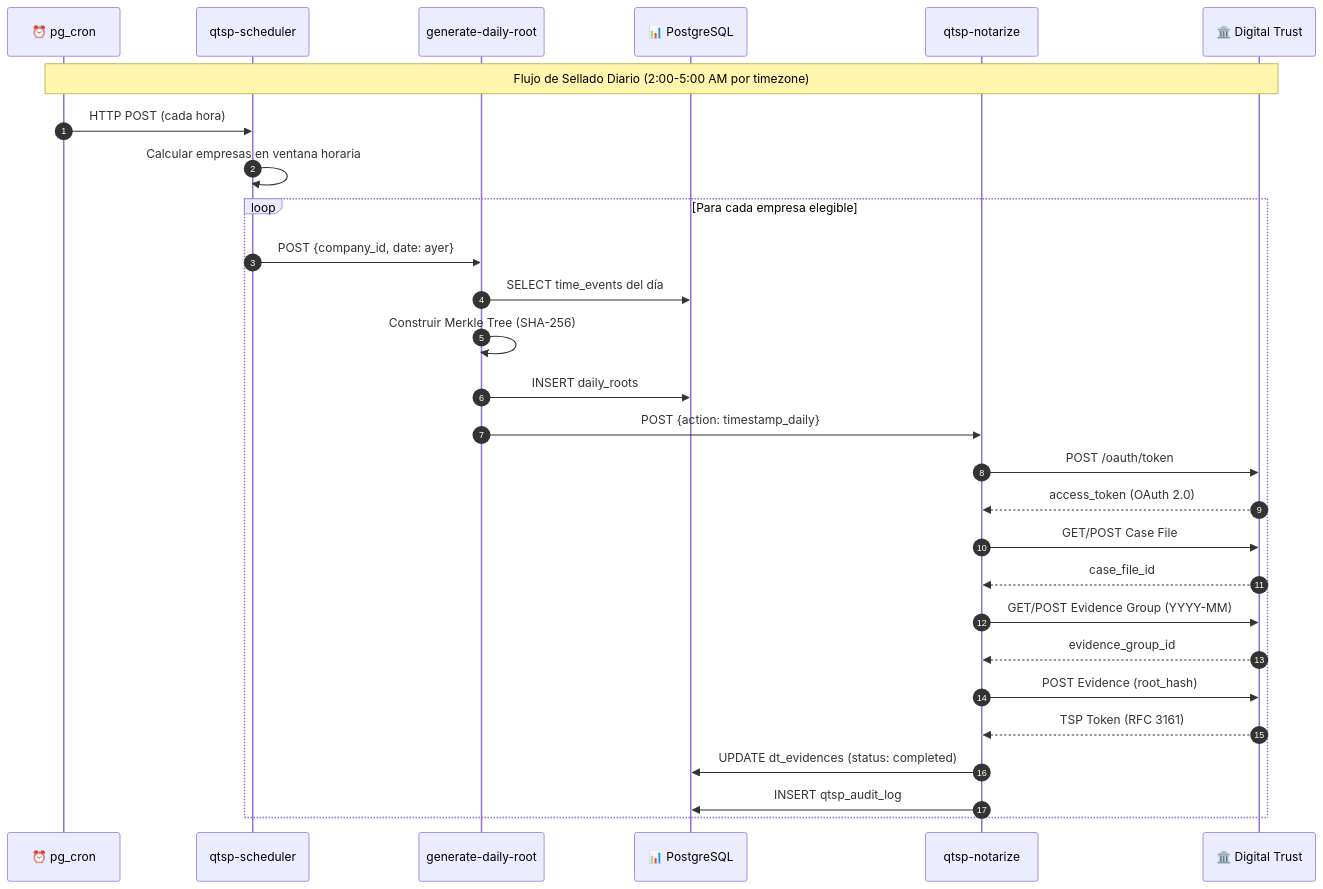
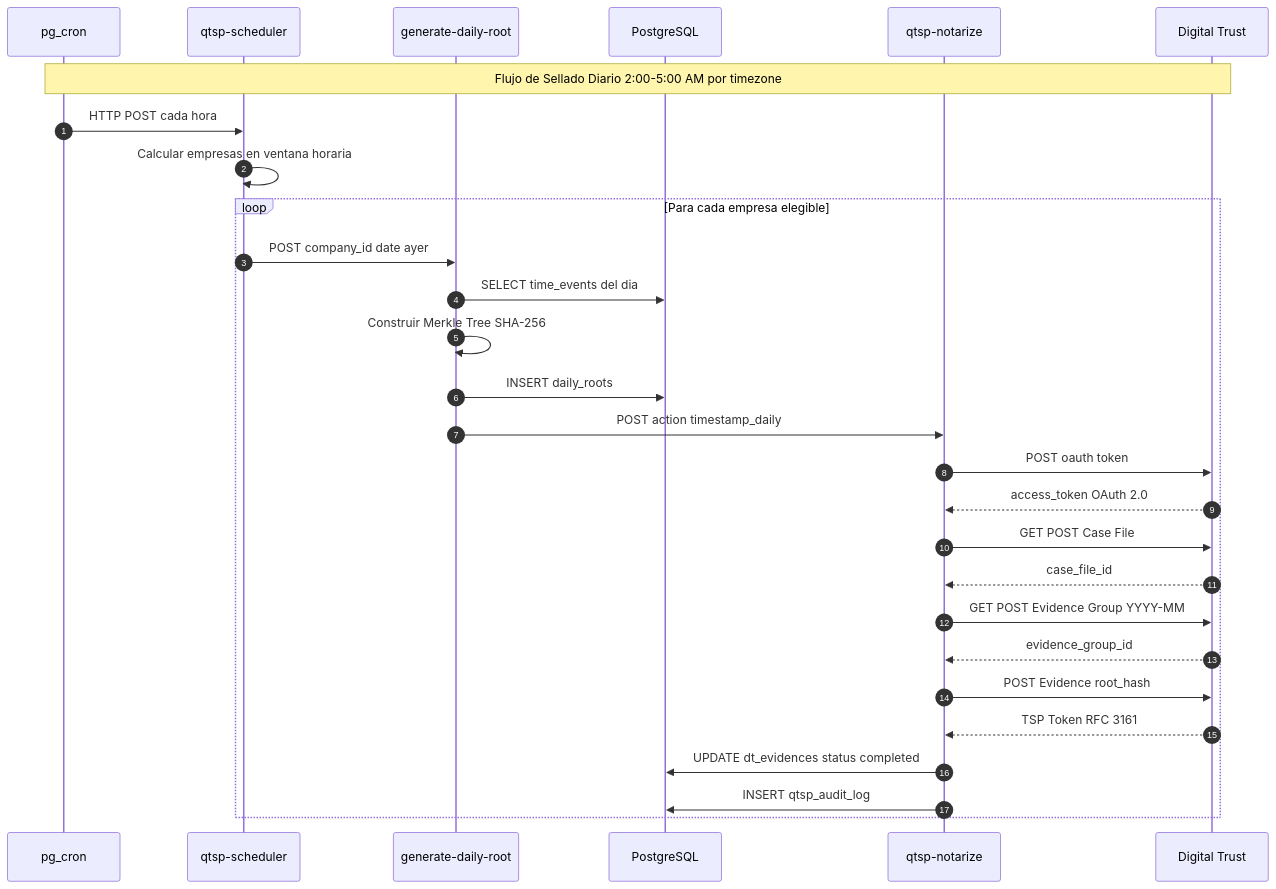
Before and after one commit to moimene/time-control-hub: the tenth of 26 diagrams in README.md, drawn with Mermaid. The commit also changed other lines of this file, not shown here.

````diff
--- a/README.md
+++ b/README.md
@@ -500,38 +518,38 @@
 ```mermaid
 sequenceDiagram
     autonumber
-    participant CRON as ⏰ pg_cron
+    participant CRON as pg_cron
     participant SCHED as qtsp-scheduler
     participant GEN as generate-daily-root
-    participant DB as 📊 PostgreSQL
+    participant DB as PostgreSQL
     participant NOTARIZE as qtsp-notarize
-    participant DT as 🏛️ Digital Trust
+    participant DT as Digital Trust
 
-    Note over CRON,DT: Flujo de Sellado Diario (2:00-5:00 AM por timezone)
+    Note over CRON,DT: Flujo de Sellado Diario 2:00-5:00 AM por timezone
     
-    CRON->>SCHED: HTTP POST (cada hora)
+    CRON->>SCHED: HTTP POST cada hora
     SCHED->>SCHED: Calcular empresas en ventana horaria
     
     loop Para cada empresa elegible
-        SCHED->>GEN: POST {company_id, date: ayer}
-        GEN->>DB: SELECT time_events del día
-        GEN->>GEN: Construir Merkle Tree (SHA-256)
+        SCHED->>GEN: POST company_id date ayer
+        GEN->>DB: SELECT time_events del dia
+        GEN->>GEN: Construir Merkle Tree SHA-256
         GEN->>DB: INSERT daily_roots
-        GEN->>NOTARIZE: POST {action: timestamp_daily}
+        GEN->>NOTARIZE: POST action timestamp_daily
         
-        NOTARIZE->>DT: POST /oauth/token
-        DT-->>NOTARIZE: access_token (OAuth 2.0)
+        NOTARIZE->>DT: POST oauth token
+        DT-->>NOTARIZE: access_token OAuth 2.0
         
-        NOTARIZE->>DT: GET/POST Case File
+        NOTARIZE->>DT: GET POST Case File
         DT-->>NOTARIZE: case_file_id
         
-        NOTARIZE->>DT: GET/POST Evidence Group (YYYY-MM)
+        NOTARIZE->>DT: GET POST Evidence Group YYYY-MM
         DT-->>NOTARIZE: evidence_group_id
         
-        NOTARIZE->>DT: POST Evidence (root_hash)
-        DT-->>NOTARIZE: TSP Token (RFC 3161)
+        NOTARIZE->>DT: POST Evidence root_hash
+        DT-->>NOTARIZE: TSP Token RFC 3161
         
-        NOTARIZE->>DB: UPDATE dt_evidences (status: completed)
+        NOTARIZE->>DB: UPDATE dt_evidences status completed
         NOTARIZE->>DB: INSERT qtsp_audit_log
     end
 ```
````
